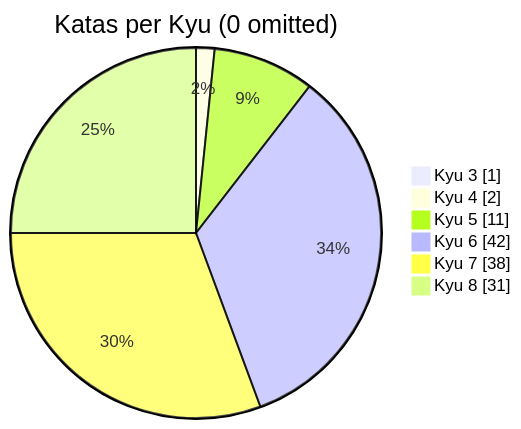
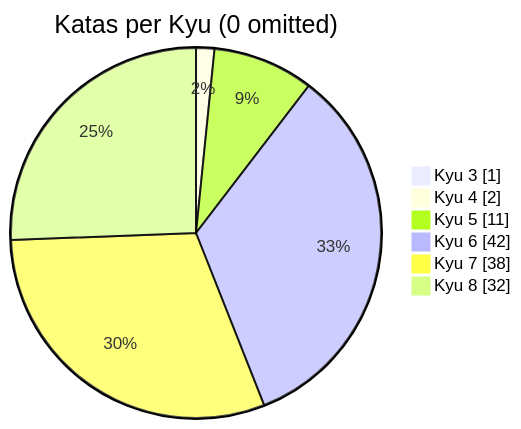
The diagram in README.md (MauricioLudwig/codewars-typescript), drawn with Mermaid before and after one commit. The commit also changed other lines of this file, not shown here.

````diff
--- a/README.md
+++ b/README.md
@@ -21,10 +21,10 @@
 ```mermaid
 pie showData
     title Katas per Kyu (0 omitted)
 	"Kyu 3": 1
 	"Kyu 4": 2
 	"Kyu 5": 11
 	"Kyu 6": 42
 	"Kyu 7": 38
-	"Kyu 8": 31
+	"Kyu 8": 32
 ```
````
